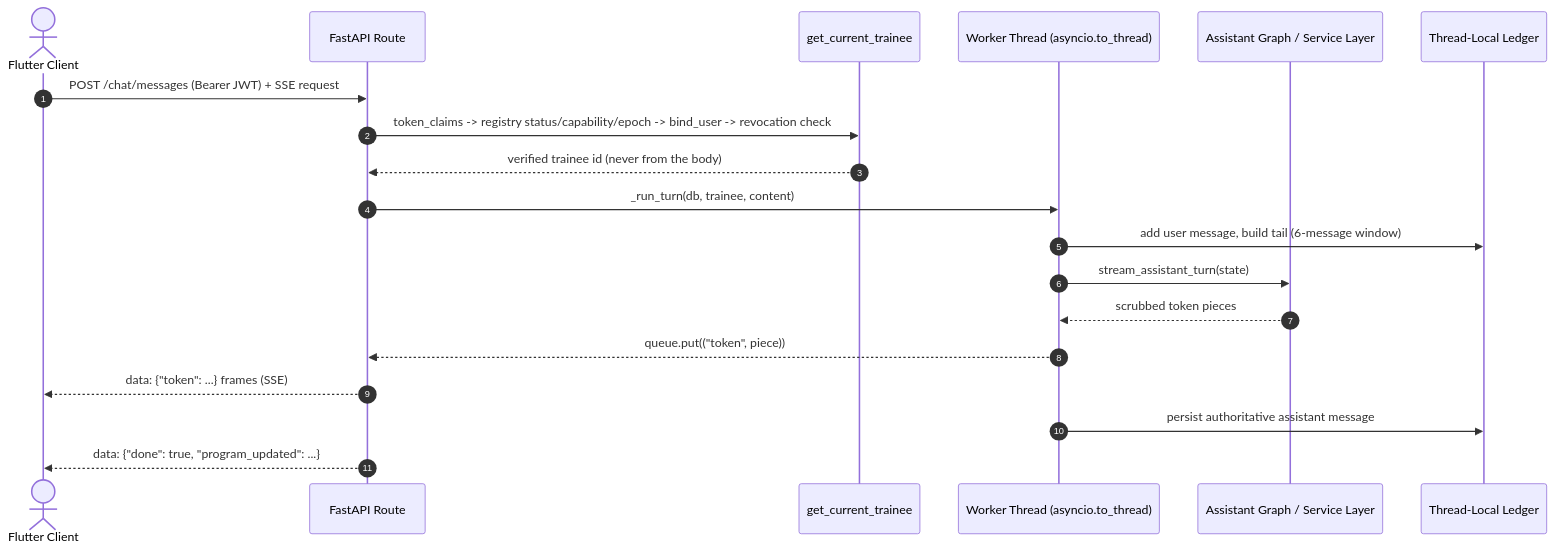
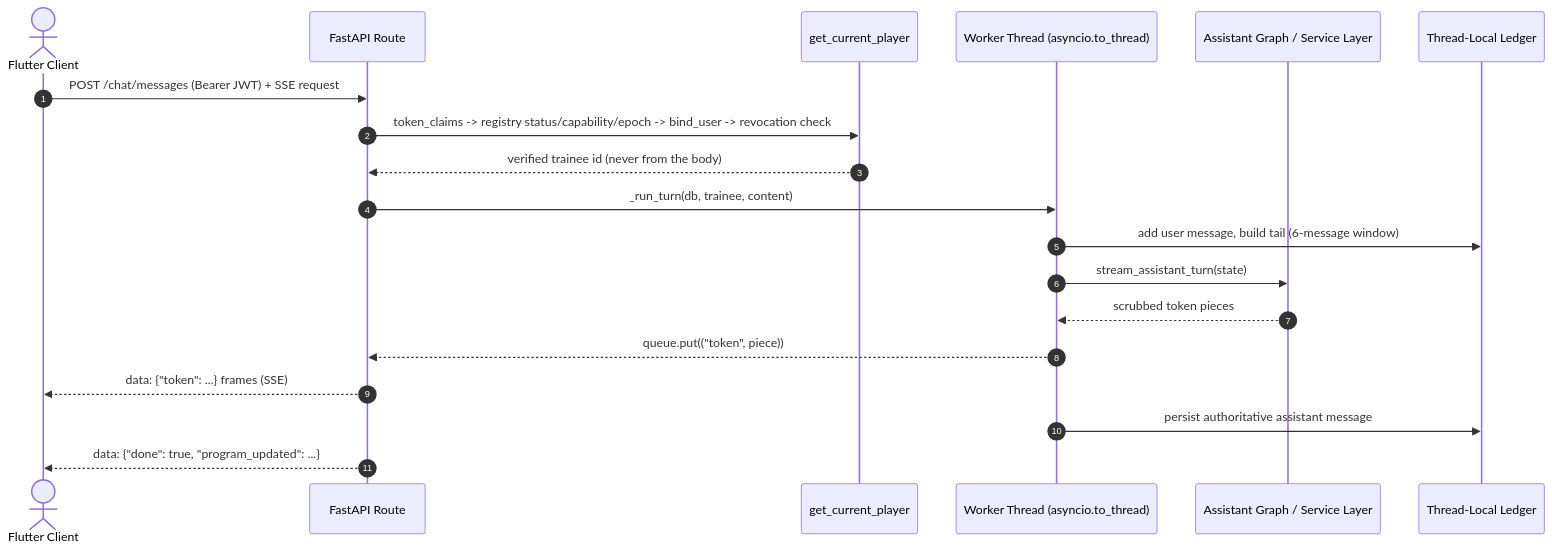
One commit to ahmedtvmer/MAYOS changed the eighth of 8 diagrams in docs/ARCHITECTURE.md. Above: the diagram before and after it, drawn with Mermaid. The commit also changed 99 other files, not shown here.

````diff
--- a/docs/ARCHITECTURE.md
+++ b/docs/ARCHITECTURE.md
@@ -423,22 +423,22 @@
 ```mermaid
 sequenceDiagram
     autonumber
     actor UI as Flutter Client
     participant API as FastAPI Route
-    participant Dep as get_current_trainee
+    participant Dep as get_current_player
     participant Thread as Worker Thread (asyncio.to_thread)
     participant Graph as Assistant Graph / Service Layer
     participant DB as Thread-Local Ledger
 
     UI->>API: POST /chat/messages (Bearer JWT) + SSE request
     API->>Dep: token_claims -> registry status/capability/epoch -> bind_user -> revocation check
     Dep-->>API: verified trainee id (never from the body)
     API->>Thread: _run_turn(db, trainee, content)
     Thread->>DB: add user message, build tail (6-message window)
     Thread->>Graph: stream_assistant_turn(state)
     Graph-->>Thread: scrubbed token pieces
     Thread-->>API: queue.put(("token", piece))
     API-->>UI: data: {"token": ...} frames (SSE)
     Thread->>DB: persist authoritative assistant message
     API-->>UI: data: {"done": true, "program_updated": ...}
 ```
````
